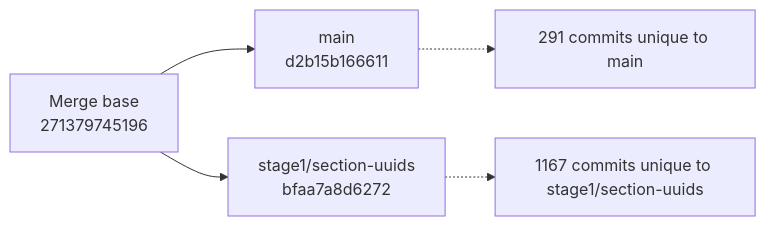
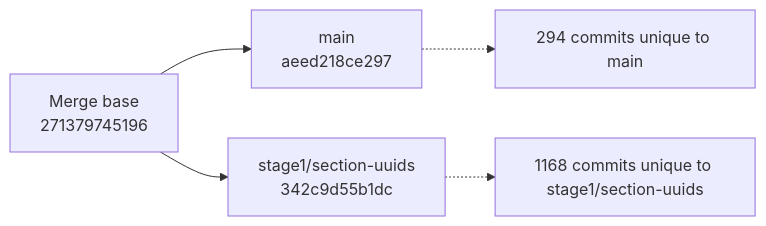
Before and after one commit to snoopdock/Finite_element_analysis_project: the diagram in branch-graphify-results/latest/git-lineage.mmd, drawn with Mermaid. The commit also changed 10 other files, not shown here.

Commit message:
Update Graphify branch analysis [skip ci]

```diff
--- a/branch-graphify-results/latest/git-lineage.mmd
+++ b/branch-graphify-results/latest/git-lineage.mmd
@@ -1,10 +1,10 @@
 flowchart LR
   MB["Merge base<br/>271379745196"]
-  B["main<br/>d2b15b166611"]
-  C["stage1/section-uuids<br/>bfaa7a8d6272"]
+  B["main<br/>aeed218ce297"]
+  C["stage1/section-uuids<br/>342c9d55b1dc"]
   MB --> B
   MB --> C
-  B_note["291 commits unique to main"]
-  C_note["1167 commits unique to stage1/section-uuids"]
+  B_note["294 commits unique to main"]
+  C_note["1168 commits unique to stage1/section-uuids"]
   B -.-> B_note
   C -.-> C_note
```
